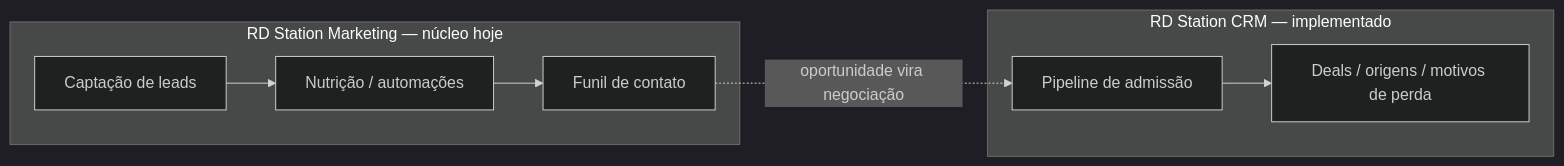
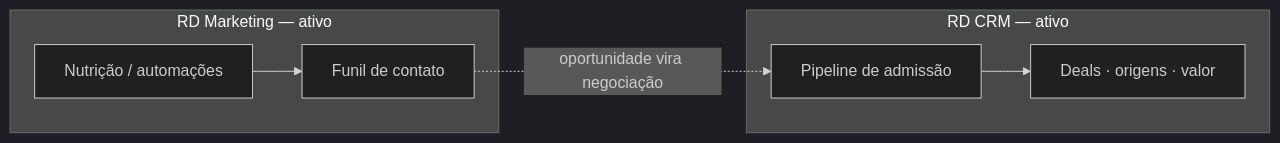
Before and after one commit to DI-CSA/admission-enrollment: the second of 2 diagrams in docs/resumo-estrategico-rd-station.md, drawn with Mermaid (dark theme). The commit also changed other lines of this file and 6 other files, not shown here.

First line of the commit message:
feat(marketing): cobertura e confiabilidade dos eventos de funil RD

````diff
--- a/docs/resumo-estrategico-rd-station.md
+++ b/docs/resumo-estrategico-rd-station.md
@@ -61,10 +84,10 @@
 ```mermaid
 flowchart LR
-    subgraph MKT[RD Station Marketing — núcleo hoje]
-        L[Captação de leads] --> N[Nutrição / automações] --> O[Funil de contato]
+    subgraph MKT[RD Marketing — ativo]
+        N[Nutrição / automações] --> O[Funil de contato]
     end
-    subgraph CRM[RD Station CRM — implementado]
-        P[Pipeline de admissão] --> Q[Deals / origens / motivos de perda]
+    subgraph CRM[RD CRM — ativo]
+        P[Pipeline de admissão] --> Q[Deals · origens · valor]
     end
     O -.->|oportunidade vira negociação| P
 ```
````
